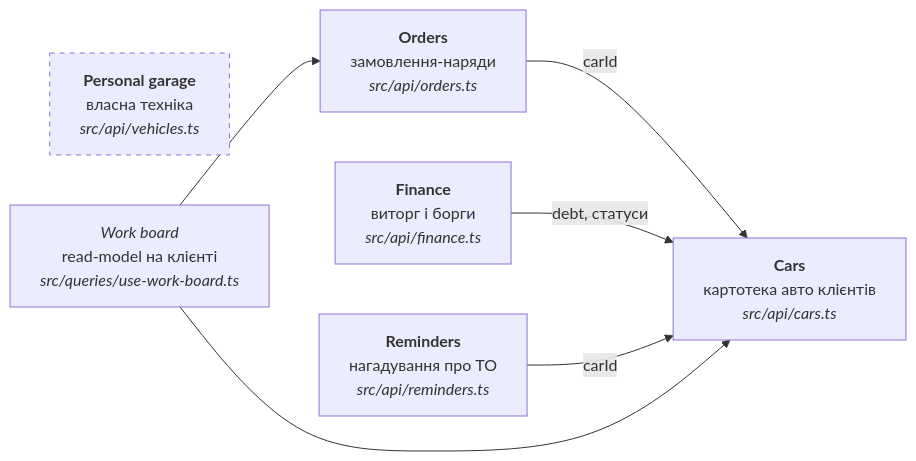
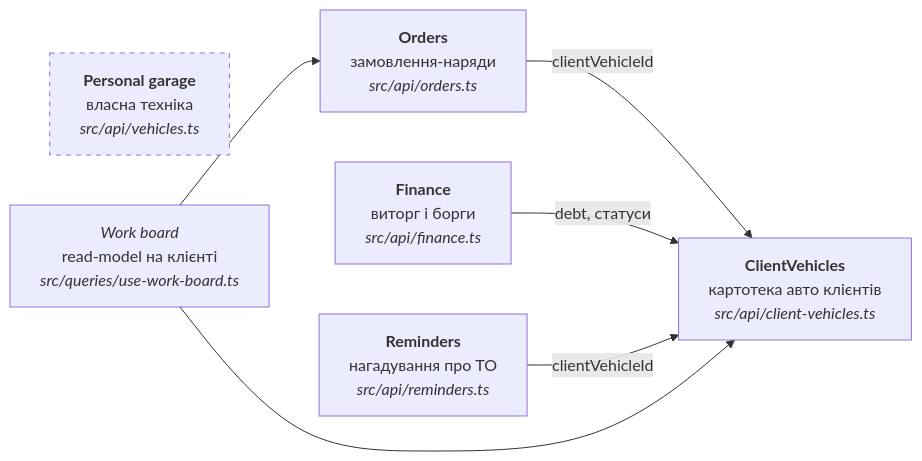
The diagram in docs/atlas/02-domains.md (maksymkrat/GarageOS), drawn with Mermaid before and after one commit. The commit also changed other lines of this file and 262 other files, not shown here.

````diff
--- a/docs/atlas/02-domains.md
+++ b/docs/atlas/02-domains.md
@@ -6,18 +6,18 @@
 ```mermaid
 flowchart LR
-    cars["<b>Cars</b><br/>картотека авто клієнтів<br/><i>src/api/cars.ts</i>"]
+    vehicles["<b>ClientVehicles</b><br/>картотека авто клієнтів<br/><i>src/api/client-vehicles.ts</i>"]
     orders["<b>Orders</b><br/>замовлення-наряди<br/><i>src/api/orders.ts</i>"]
     finance["<b>Finance</b><br/>виторг і борги<br/><i>src/api/finance.ts</i>"]
     reminders["<b>Reminders</b><br/>нагадування про ТО<br/><i>src/api/reminders.ts</i>"]
     personal["<b>Personal garage</b><br/>власна техніка<br/><i>src/api/vehicles.ts</i>"]
     board["<i>Work board</i><br/>read-model на клієнті<br/><i>src/queries/use-work-board.ts</i>"]
 
-    orders -->|carId| cars
-    finance -->|debt, статуси| cars
-    reminders -->|carId| cars
-    board --> cars
+    orders -->|clientVehicleId| vehicles
+    finance -->|debt, статуси| vehicles
+    reminders -->|clientVehicleId| vehicles
+    board --> vehicles
     board --> orders
 
     personal:::isolated
     classDef isolated stroke-dasharray: 5 5
 ```
````
